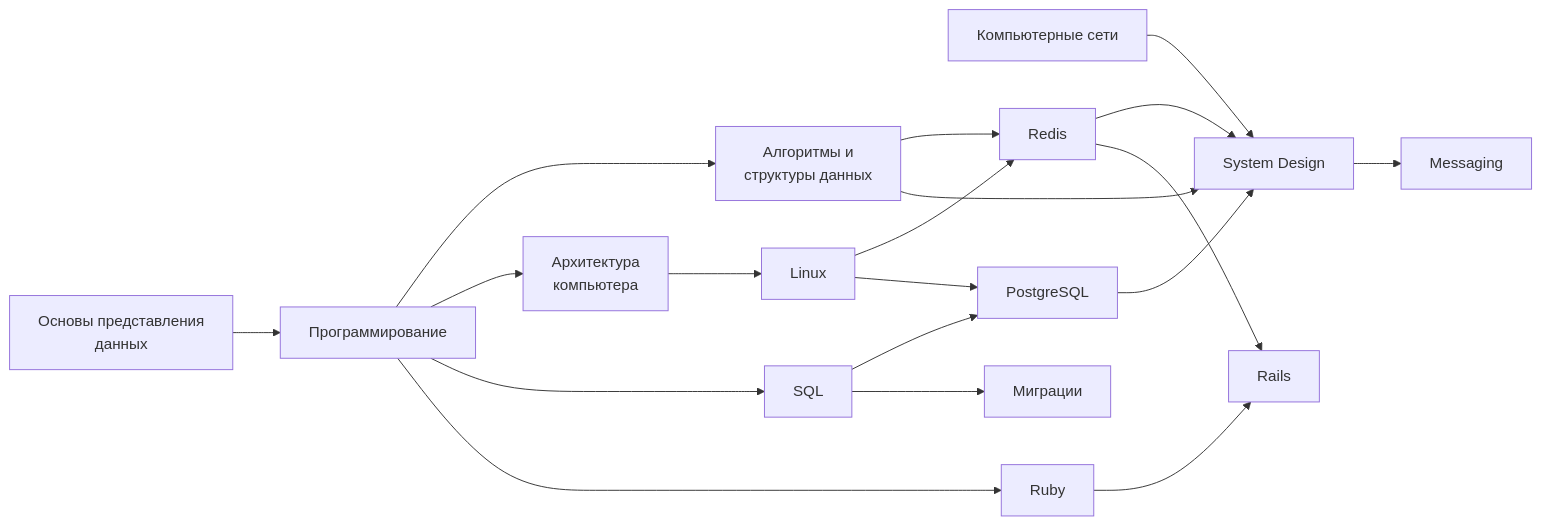
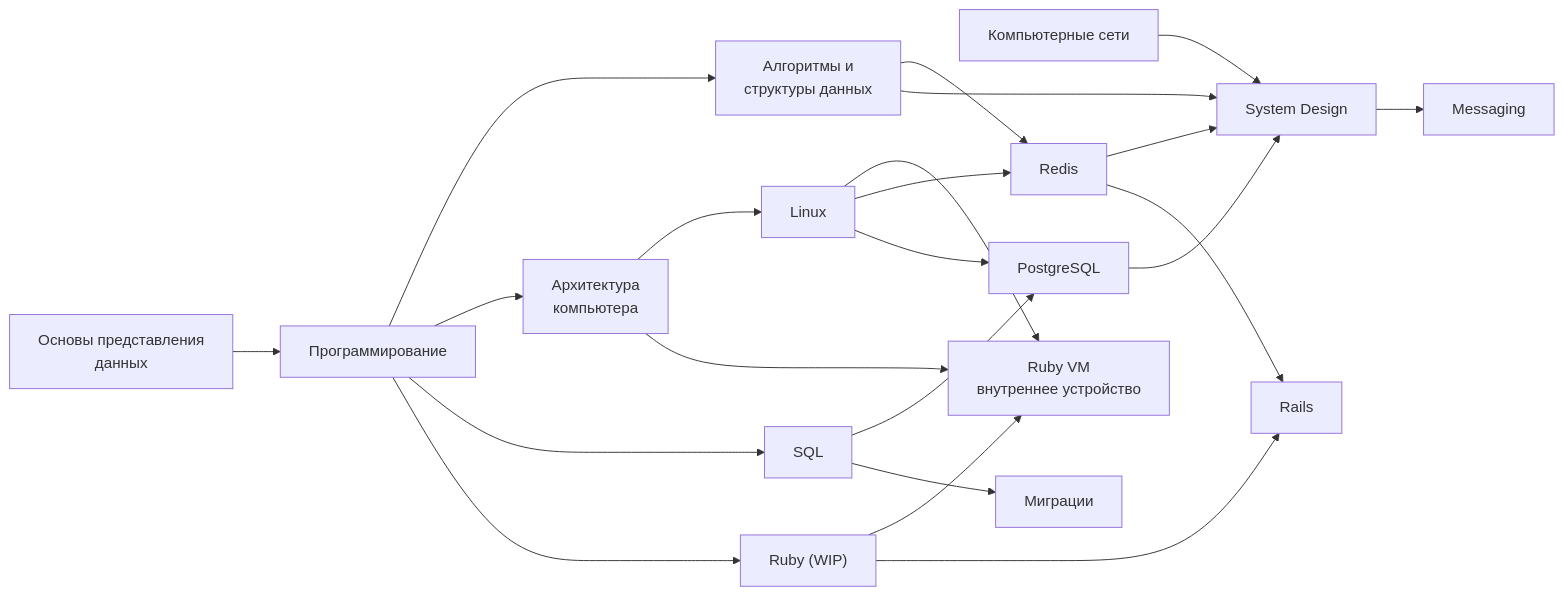
One commit to AlexeyMatskevich/cs-notes changed the diagram in index.md. Above: the diagram before and after it, drawn with Mermaid. The commit also changed other lines of this file and 28 other files, not shown here.

First line of the commit message:
docs: layer ruby/internal on linux/computer, mark ruby/ as WIP

````diff
--- a/index.md
+++ b/index.md
@@ -30,36 +30,40 @@
 ```mermaid
 flowchart LR
     F["Основы представления<br/>данных"]
     P["Программирование"]
     A["Алгоритмы и<br/>структуры данных"]
     C["Архитектура<br/>компьютера"]
     N["Компьютерные сети"]
     L["Linux"]
     SQL["SQL"]
     PG["PostgreSQL"]
     MIG["Миграции"]
     RD["Redis"]
     SD["System Design"]
     MSG["Messaging"]
-    RB["Ruby"]
+    RB["Ruby (WIP)"]
+    RBI["Ruby VM<br/>внутреннее устройство"]
     RL["Rails"]
 
     F --> P
     P --> A
     P --> C
     P --> SQL
     P --> RB
     C --> L
+    C --> RBI
+    L --> RBI
+    RB --> RBI
     SQL --> PG
     SQL --> MIG
     A --> RD
     L --> RD
     L --> PG
     A --> SD
     N --> SD
     PG --> SD
     RD --> SD
     SD --> MSG
     RB --> RL
     RD --> RL
 ```
````
